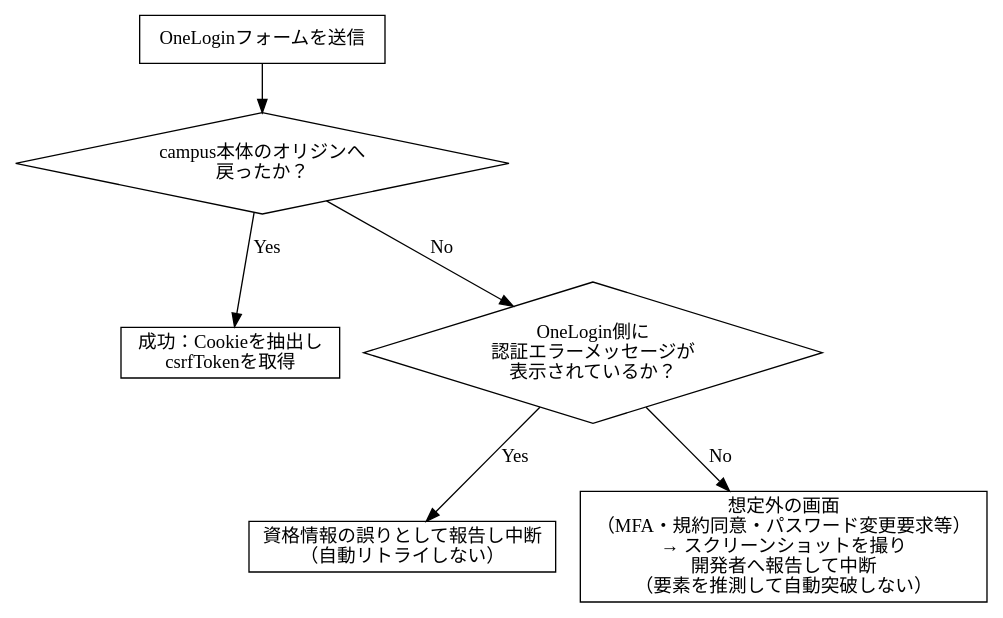
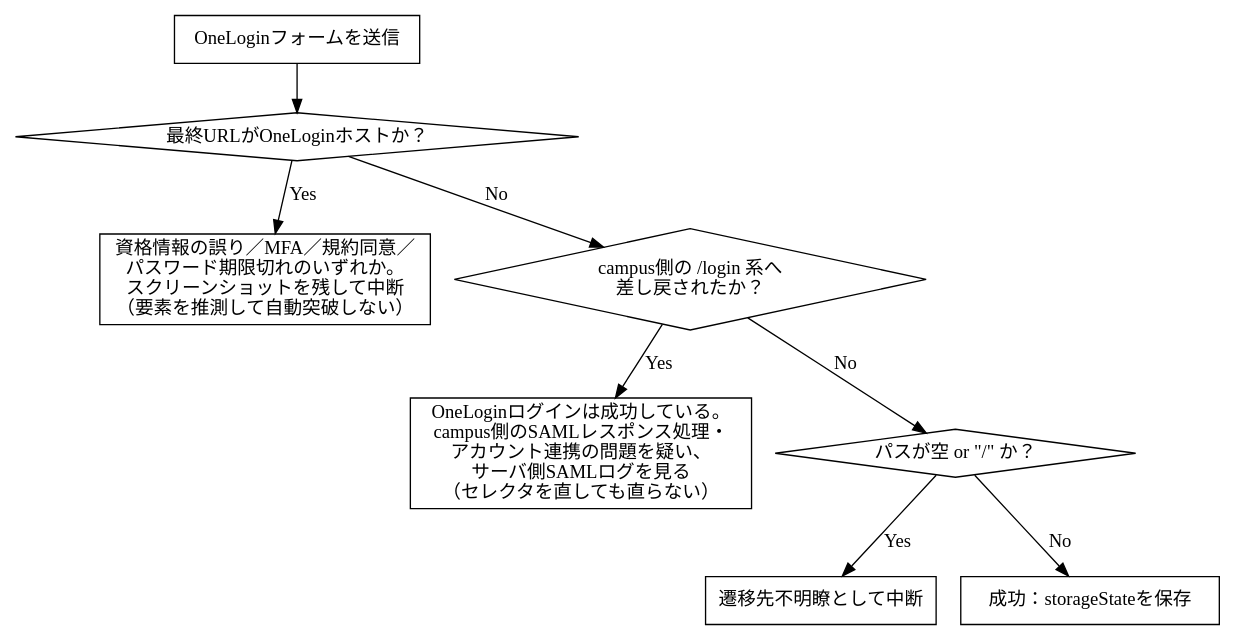
One commit to roonawa/skills changed the diagram in capi-saml-login/SKILL.md. Above: the diagram before and after it, drawn with Graphviz. The commit also changed other lines of this file and 8 other files, not shown here.

````diff
--- a/capi-saml-login/SKILL.md
+++ b/capi-saml-login/SKILL.md
@@ -43,18 +80,22 @@
 ```dot
 digraph saml_login_result {
     submitted [label="OneLoginフォームを送信", shape=box];
-    backToCampus [label="campus本体のオリジンへ\n戻ったか？", shape=diamond];
-    success [label="成功：Cookieを抽出し\ncsrfTokenを取得", shape=box];
+    stillIdp [label="最終URLがOneLoginホストか？", shape=diamond];
+    idpFail [label="資格情報の誤り／MFA／規約同意／\nパスワード期限切れのいずれか。\nスクリーンショットを残して中断\n（要素を推測して自動突破しない）", shape=box];
 
-    errorShown [label="OneLogin側に\n認証エラーメッセージが\n表示されているか？", shape=diamond];
-    credError [label="資格情報の誤りとして報告し中断\n（自動リトライしない）", shape=box];
+    atLogin [label="campus側の /login 系へ\n差し戻されたか？", shape=diamond];
+    serverSide [label="OneLoginログインは成功している。\ncampus側のSAMLレスポンス処理・\nアカウント連携の問題を疑い、\nサーバ側SAMLログを見る\n（セレクタを直しても直らない）", shape=box];
 
-    unexpected [label="想定外の画面\n（MFA・規約同意・パスワード変更要求等）\n→ スクリーンショットを撮り\n開発者へ報告して中断\n（要素を推測して自動突破しない）", shape=box];
+    pathOk [label="パスが空 or \"/\" か？", shape=diamond];
+    unclear [label="遷移先不明瞭として中断", shape=box];
+    success [label="成功：storageStateを保存", shape=box];
 
-    submitted -> backToCampus;
-    backToCampus -> success [label="Yes"];
-    backToCampus -> errorShown [label="No"];
-    errorShown -> credError [label="Yes"];
-    errorShown -> unexpected [label="No"];
+    submitted -> stillIdp;
+    stillIdp -> idpFail [label="Yes"];
+    stillIdp -> atLogin [label="No"];
+    atLogin -> serverSide [label="Yes"];
+    atLogin -> pathOk [label="No"];
+    pathOk -> unclear [label="Yes"];
+    pathOk -> success [label="No"];
 }
 ```
````
